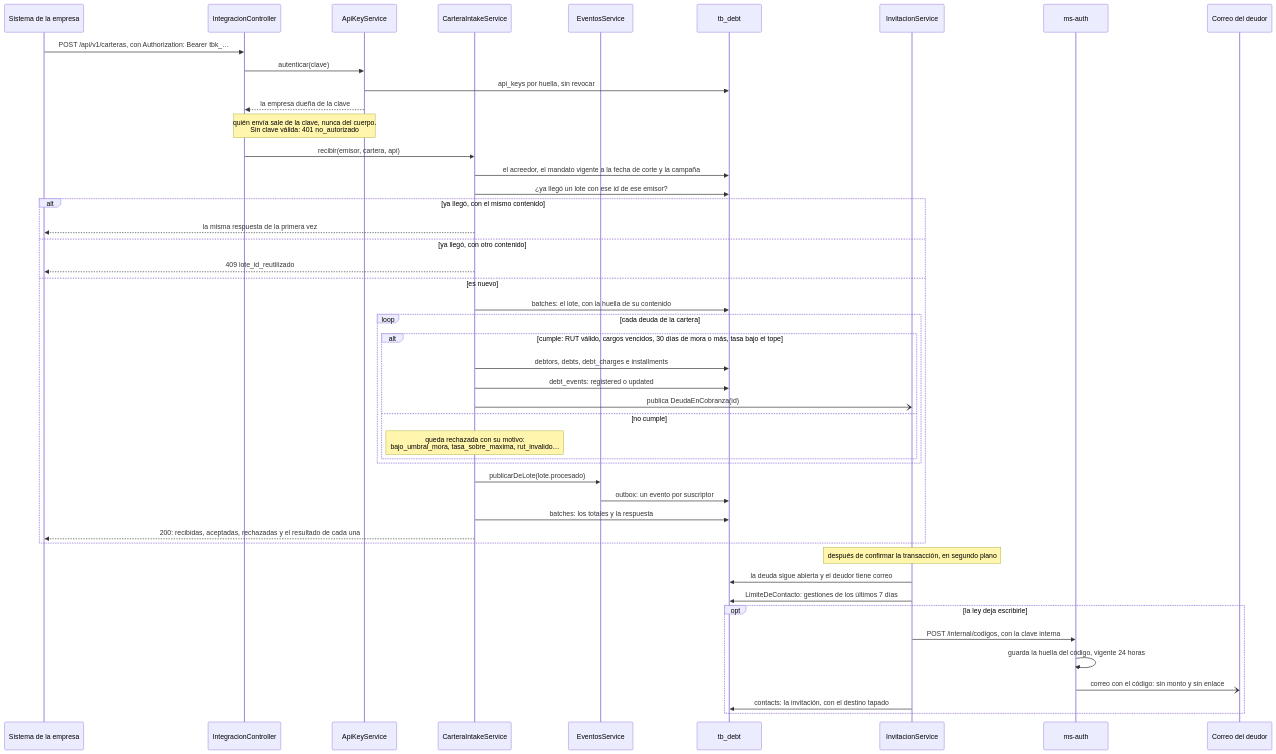
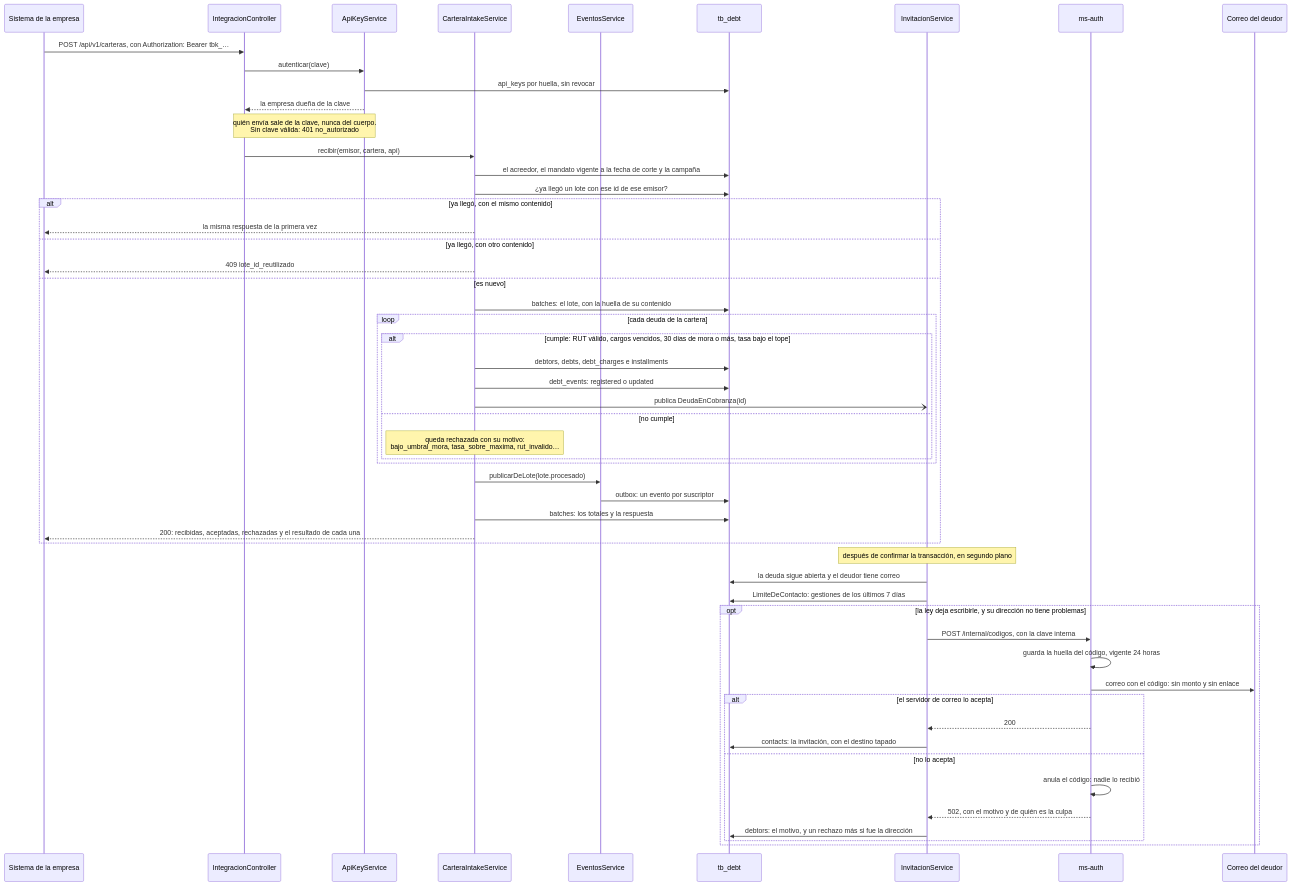
The fourth of 16 diagrams in docs/diagramas/secuencia.md (TechnicalBridge/DataBridge), drawn with Mermaid before and after one commit. The commit also changed other lines of this file and 35 other files, not shown here.

````diff
--- a/docs/diagramas/secuencia.md
+++ b/docs/diagramas/secuencia.md
@@ -201,51 +201,58 @@
 ```mermaid
 sequenceDiagram
     participant S as Sistema de la empresa
     participant IC as IntegracionController
     participant AK as ApiKeyService
     participant CI as CarteraIntakeService
     participant ES as EventosService
     participant B as tb_debt
     participant IV as InvitacionService
     participant AU as ms-auth
     participant C as Correo del deudor
 
     S->>IC: POST /api/v1/carteras, con Authorization: Bearer tbk_…
     IC->>AK: autenticar(clave)
     AK->>B: api_keys por huella, sin revocar
     AK-->>IC: la empresa dueña de la clave
     Note over IC,AK: quién envía sale de la clave, nunca del cuerpo.<br/>Sin clave válida: 401 no_autorizado
     IC->>CI: recibir(emisor, cartera, api)
     CI->>B: el acreedor, el mandato vigente a la fecha de corte y la campaña
     CI->>B: ¿ya llegó un lote con ese id de ese emisor?
     alt ya llegó, con el mismo contenido
         CI-->>S: la misma respuesta de la primera vez
     else ya llegó, con otro contenido
         CI-->>S: 409 lote_id_reutilizado
     else es nuevo
         CI->>B: batches: el lote, con la huella de su contenido
         loop cada deuda de la cartera
             alt cumple: RUT válido, cargos vencidos, 30 días de mora o más, tasa bajo el tope
                 CI->>B: debtors, debts, debt_charges e installments
                 CI->>B: debt_events: registered o updated
                 CI-)IV: publica DeudaEnCobranza(id)
             else no cumple
                 Note over CI: queda rechazada con su motivo:<br/>bajo_umbral_mora, tasa_sobre_maxima, rut_invalido…
             end
         end
         CI->>ES: publicarDeLote(lote.procesado)
         ES->>B: outbox: un evento por suscriptor
         CI->>B: batches: los totales y la respuesta
         CI-->>S: 200: recibidas, aceptadas, rechazadas y el resultado de cada una
     end
 
     Note over IV: después de confirmar la transacción, en segundo plano
     IV->>B: la deuda sigue abierta y el deudor tiene correo
     IV->>B: LimiteDeContacto: gestiones de los últimos 7 días
-    opt la ley deja escribirle
+    opt la ley deja escribirle, y su dirección no tiene problemas
         IV->>AU: POST /internal/codigos, con la clave interna
         AU->>AU: guarda la huella del código, vigente 24 horas
-        AU-)C: correo con el código: sin monto y sin enlace
-        IV->>B: contacts: la invitación, con el destino tapado
+        AU->>C: correo con el código: sin monto y sin enlace
+        alt el servidor de correo lo acepta
+            AU-->>IV: 200
+            IV->>B: contacts: la invitación, con el destino tapado
+        else no lo acepta
+            AU->>AU: anula el código: nadie lo recibió
+            AU-->>IV: 502, con el motivo y de quién es la culpa
+            IV->>B: debtors: el motivo, y un rechazo más si fue la dirección
+        end
     end
 ```
````
